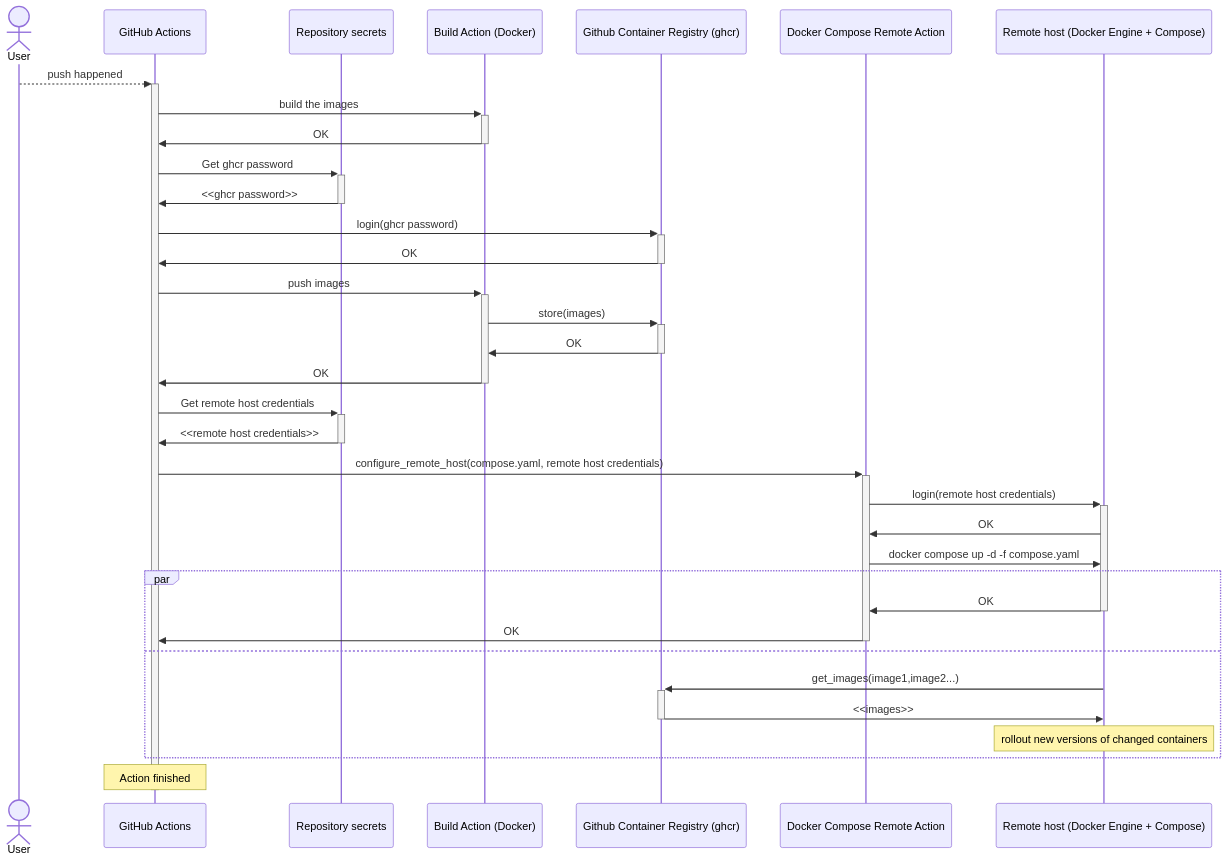
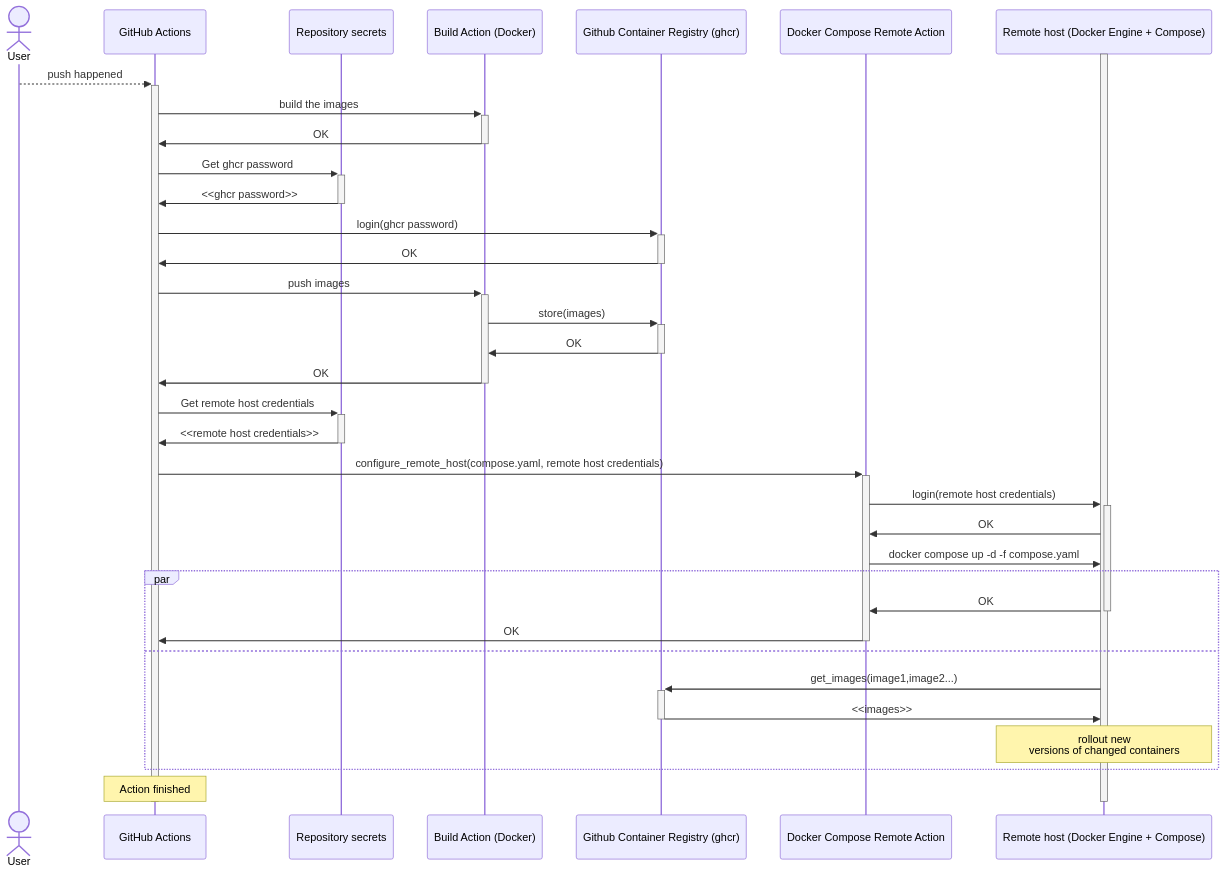
Before and after one commit to remenyo/cicd_ml_webpush_hf: the diagram in cicd_sequencediagram.mermaid, drawn with Mermaid. The commit also changed 3 other files, not shown here.

Commit message:
formatting, added images, fixed figure numbering

```diff
--- a/cicd_sequencediagram.mermaid
+++ b/cicd_sequencediagram.mermaid
@@ -1,35 +1,37 @@
 sequenceDiagram
     actor u as User
     participant a as GitHub Actions
     participant s as Repository secrets
     participant b as Build Action (Docker)
     participant g as Github Container Registry (ghcr)
     participant d as Docker Compose Remote Action
     participant r as Remote host (Docker Engine + Compose)
+    activate r
     u-->>+a: push happened
     a->>+b: build the images
     b->>-a: OK
     a->>+s: Get ghcr password
     s->>-a: <<ghcr password>>
     a->>+g: login(ghcr password)
     g->>-a: OK
     a->>+b: push images
     b->>+g: store(images)
     g->>-b: OK
     b->>-a: OK
     a->>+s: Get remote host credentials
     s->>-a: <<remote host credentials>>
     a->>+d: configure_remote_host(compose.yaml, remote host credentials)
     d->>+r: login(remote host credentials)
     r->>d: OK
     d->>r: docker compose up -d -f compose.yaml
     par
         r->>-d: OK
         d->>-a: OK
     and
         r->>+g: get_images(image1,image2...)
         g->>-r: <<images>>
-        note over r: rollout new versions of changed containers
+        note over r: rollout new<br>versions of changed containers
     end
     note over a: Action finished
     deactivate a
+    deactivate r
```
